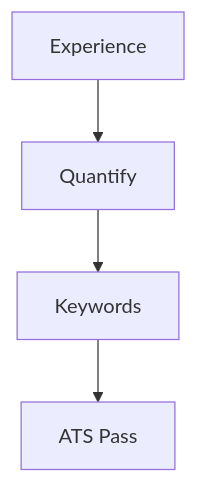
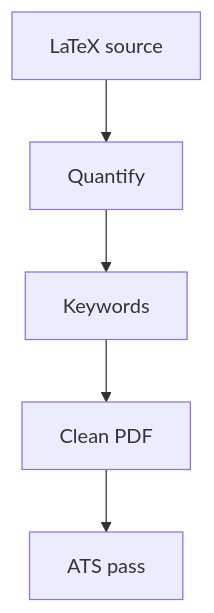
The second of 2 diagrams in book/20_resume_linkedin/00_resume_roadmap.md (isouravsengupta/ai-data-engineer-handbook), drawn with Mermaid before and after one commit. The commit also changed other lines of this file and 3 other files, not shown here.

````diff
--- a/book/20_resume_linkedin/00_resume_roadmap.md
+++ b/book/20_resume_linkedin/00_resume_roadmap.md
@@ -23,6 +59,7 @@
 ```mermaid
 flowchart TD
-    A[Experience] --> B[Quantify]
+    A[LaTeX source] --> B[Quantify]
     B --> C[Keywords]
-    C --> D[ATS Pass]
+    C --> D[Clean PDF]
+    D --> E[ATS pass]
 ```
````
